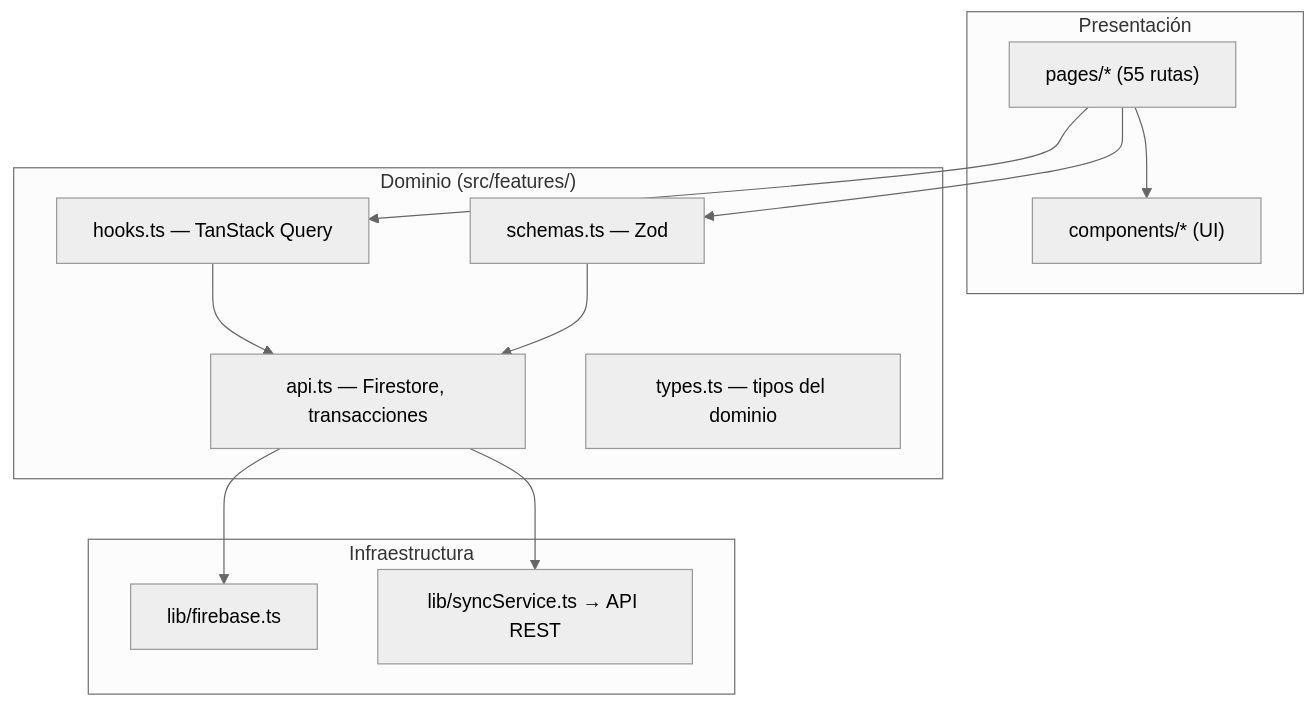
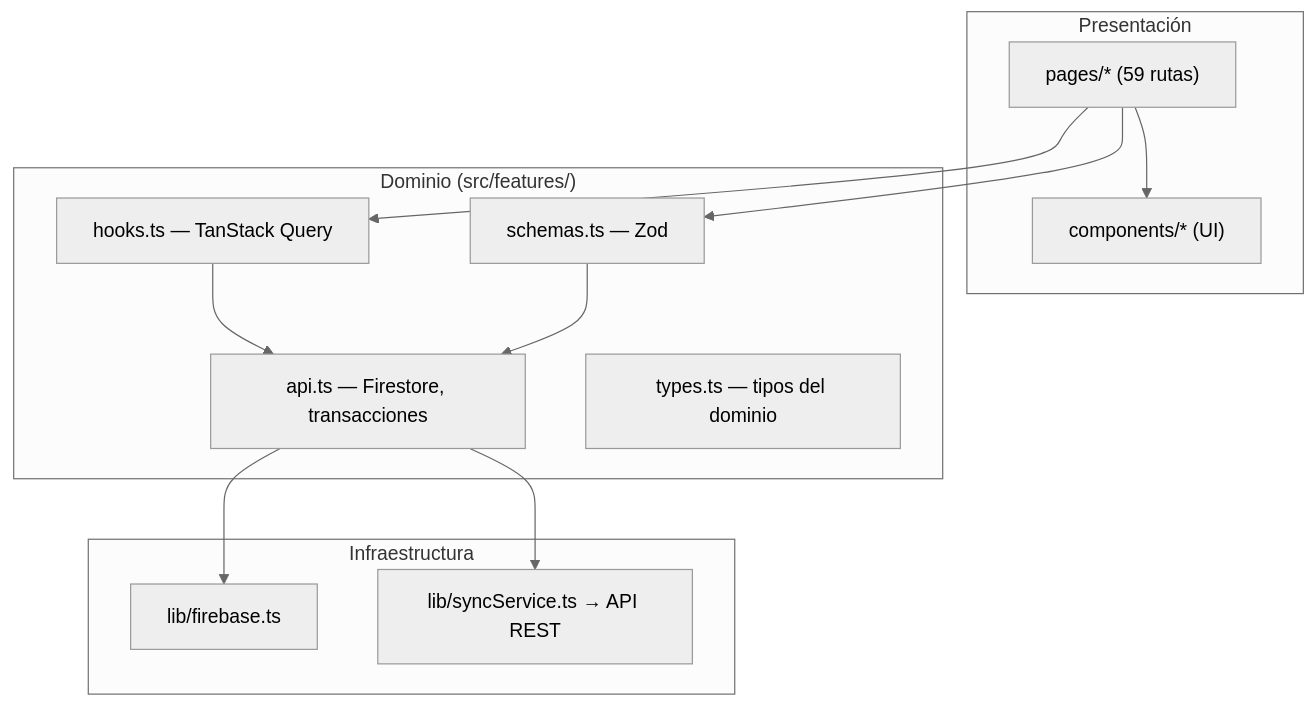
One commit to yucradavid/Perfil-de-egreso-Plataforma-Web-Integral-CERMAT changed diagram 13 of 13 in docs/e1-definicion-sistema-ce021.md. Above: the diagram before and after it, drawn with Mermaid (neutral theme). The commit also changed other lines of this file and 27 other files, not shown here.

````diff
--- a/docs/e1-definicion-sistema-ce021.md
+++ b/docs/e1-definicion-sistema-ce021.md
@@ -422,19 +534,19 @@
 ```mermaid
 flowchart TB
   subgraph Presentación
-    P1["pages/* (55 rutas)"] --> P2["components/* (UI)"]
+    P1["pages/* (59 rutas)"] --> P2["components/* (UI)"]
   end
   subgraph Dominio["Dominio (src/features/<módulo>)"]
     H["hooks.ts — TanStack Query"] --> A["api.ts — Firestore, transacciones"]
     S["schemas.ts — Zod"] --> A
     T["types.ts — tipos del dominio"]
   end
   subgraph Infraestructura
     F["lib/firebase.ts"]
     SY["lib/syncService.ts → API REST"]
   end
   P1 --> H
   P1 --> S
   A --> F
   A --> SY
 ```
````
